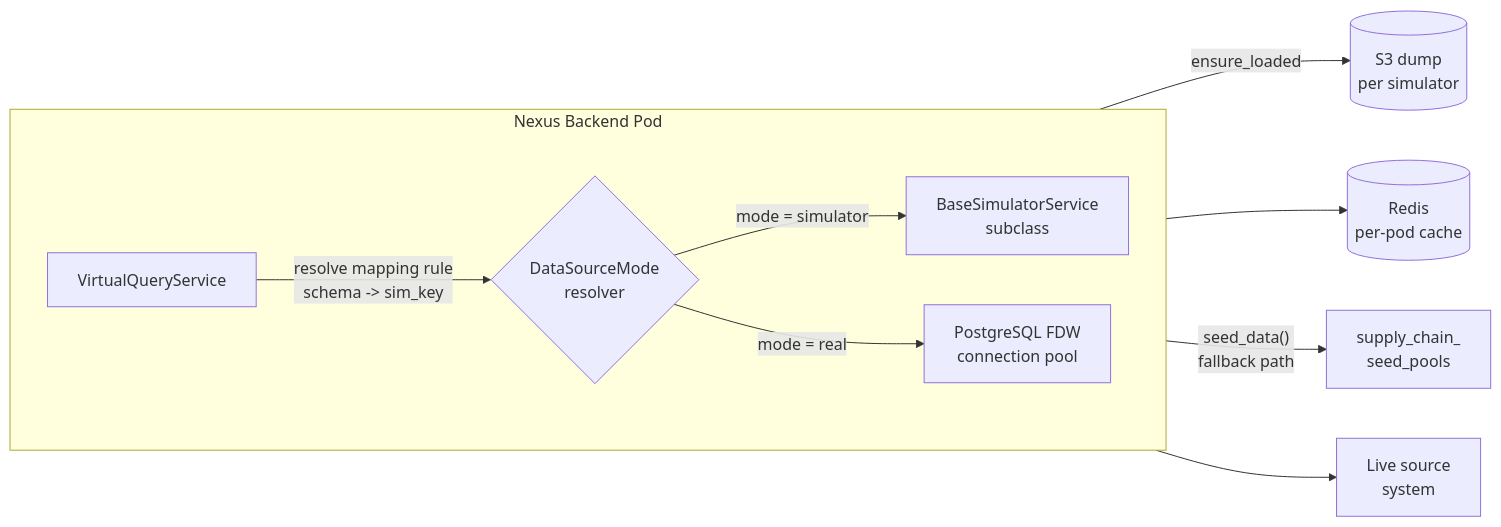
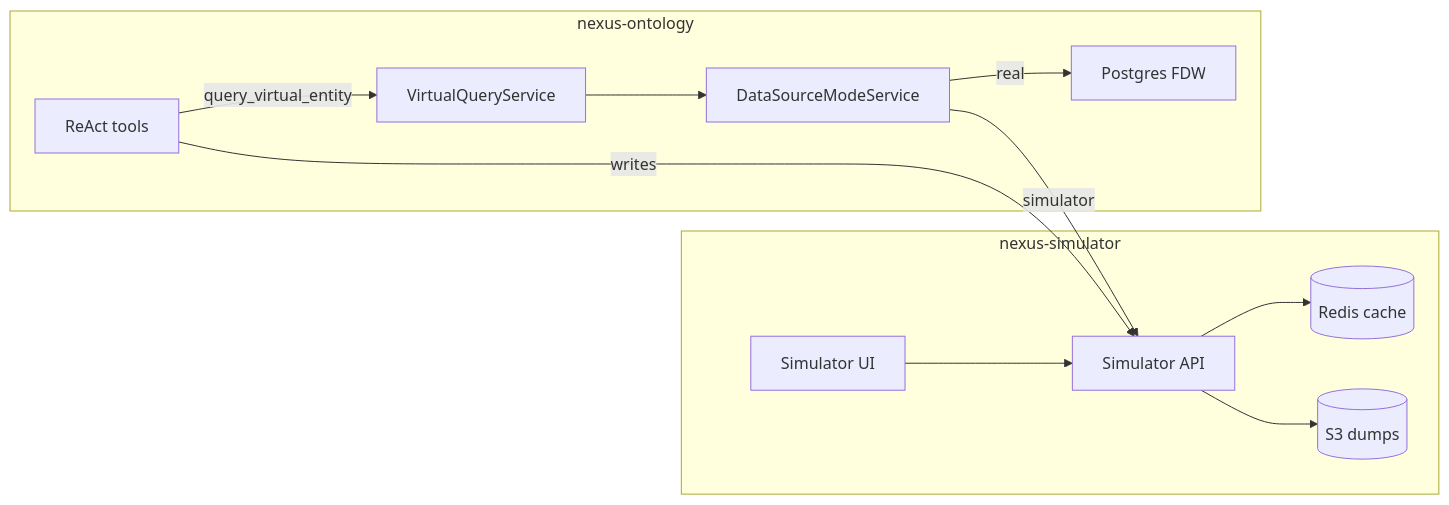
The first of 5 diagrams in docs/simulators/index.md (nexusdataai/nexus-docs), drawn with Mermaid before and after one commit. The commit also changed other lines of this file and 2 other files, not shown here.

````diff
--- a/docs/simulators/index.md
+++ b/docs/simulators/index.md
@@ -39,23 +42,25 @@
 ```mermaid
 flowchart LR
-    subgraph backend [Nexus Backend Pod]
-      direction LR
-      VDL[VirtualQueryService]
-      Mode{DataSourceMode<br/>resolver}
-      Sim[BaseSimulatorService<br/>subclass]
-      FDW[PostgreSQL FDW<br/>connection pool]
+    subgraph simProduct [nexus-simulator]
+      SimUI[Simulator UI]
+      SimAPI[Simulator API]
+      Redis[(Redis cache)]
+      S3[(S3 dumps)]
     end
 
-    Redis[(Redis<br/>per-pod cache)]
-    S3[(S3 dump<br/>per simulator)]
-    Live[Live source<br/>system]
-    Seed[supply_chain_<br/>seed_pools]
+    subgraph ontProduct [nexus-ontology]
+      VDL[VirtualQueryService]
+      Mode[DataSourceModeService]
+      ReAct[ReAct tools]
+      RealFDW[Postgres FDW]
+    end
 
-    VDL -->|"resolve mapping rule<br/>schema -> sim_key"| Mode
-    Mode -->|"mode = simulator"| Sim
-    Mode -->|"mode = real"| FDW
-    Sim -->|ensure_loaded| S3
-    Sim --> Redis
-    Sim -->|"seed_data()<br/>fallback path"| Seed
-    FDW --> Live
+    SimUI --> SimAPI
+    SimAPI --> Redis
+    SimAPI --> S3
+    Mode -->|simulator| SimAPI
+    Mode -->|real| RealFDW
+    VDL --> Mode
+    ReAct -->|query_virtual_entity| VDL
+    ReAct -->|writes| SimAPI
 ```
````
